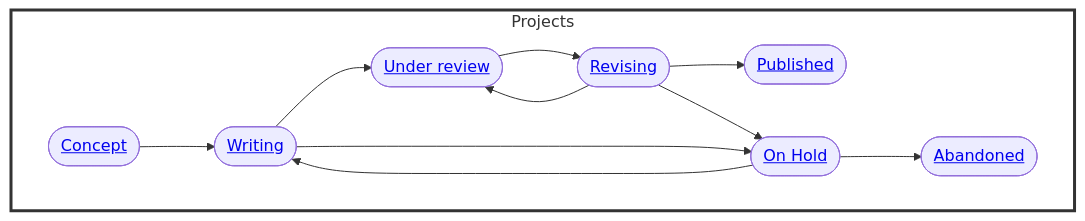
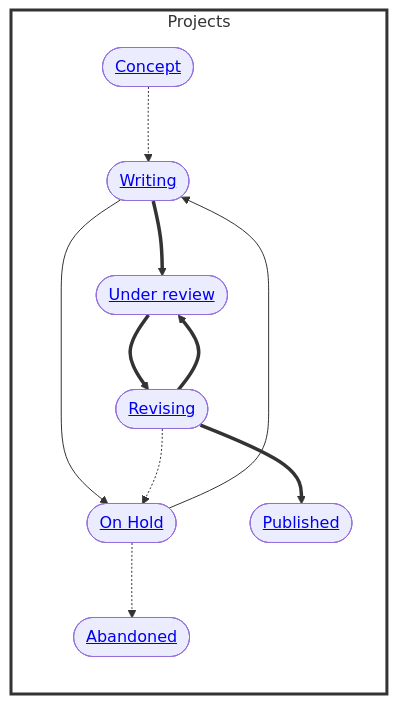
One commit to digital-work-lab/handbook changed the diagram in docs/20-research/index.md. Above: the diagram before and after it, drawn with Mermaid.

````diff
--- a/docs/20-research/index.md
+++ b/docs/20-research/index.md
@@ -14,18 +14,18 @@
 ```mermaid
 
 flowchart LR
     subgraph Projects
-        direction LR
-        Concept(["<a href='#concept'>Concept</a>"]) --> Writing(["<a href='#writing'>Writing</a>"])
-        Writing --> UnderReview(["<a href='#under-review'>Under review</a>"])
-        UnderReview --> Revising(["<a href='#revising'>Revising</a>"])
-        Revising --> UnderReview
-        Revising --> Published(["<a href='#published'>Published</a>"])
+        direction TB
+        Concept(["<a href='#concept'>Concept</a>"]) -.-> Writing(["<a href='#writing'>Writing</a>"])
         Writing --> OnHold(["<a href='#on-hold'>On Hold</a>"])
-        Revising --> OnHold
-        OnHold --> Abandoned(["<a href='#abandoned'>Abandoned</a>"])
         OnHold --> Writing
+        OnHold -.-> Abandoned(["<a href='#abandoned'>Abandoned</a>"])
+        Writing ==> UnderReview(["<a href='#under-review'>Under review</a>"])
+        Revising -.-> OnHold
+        Revising ==> UnderReview
+        UnderReview ==> Revising(["<a href='#revising'>Revising</a>"])
+        Revising ==> Published(["<a href='#published'>Published</a>"])
     end
     style Projects fill:white,stroke:#333,stroke-width:3px
 
 ```
````
